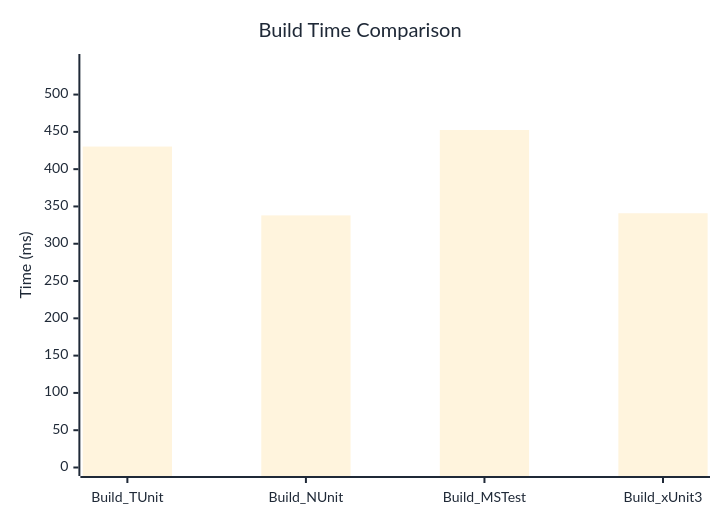
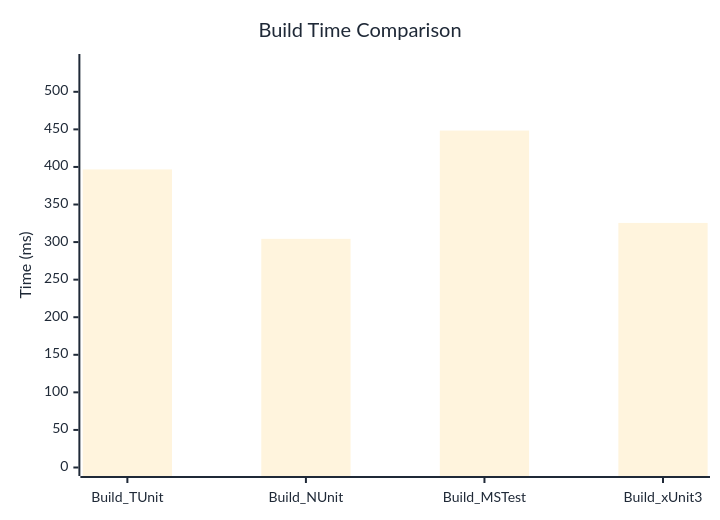
One commit to thomhurst/TUnit changed the diagram in docs/docs/benchmarks/engine/BuildTime.md. Above: the diagram before and after it, drawn with Mermaid. The commit also changed other lines of this file and 17 other files, not shown here.

````diff
--- a/docs/docs/benchmarks/engine/BuildTime.md
+++ b/docs/docs/benchmarks/engine/BuildTime.md
@@ -30,37 +30,37 @@
 ```mermaid
 %%{init: {
   'theme':'base',
   'themeVariables': {
     'primaryColor': '#2563eb',
     'primaryTextColor': '#1f2937',
     'primaryBorderColor': '#1e40af',
     'lineColor': '#6b7280',
     'secondaryColor': '#7c3aed',
     'tertiaryColor': '#dc2626',
     'background': '#ffffff',
     'mainBkg': '#2563eb',
     'secondBkg': '#7c3aed',
     'tertiaryBkg': '#dc2626',
     'clusterBkg': '#f3f4f6',
     'edgeLabelBackground': '#ffffff',
     'tertiaryTextColor': '#1f2937',
     'pie1': '#2563eb',
     'pie2': '#7c3aed',
     'pie3': '#dc2626',
     'pie4': '#f59e0b',
     'pie5': '#10b981',
     'pie6': '#06b6d4',
     'pie7': '#ec4899',
     'pie8': '#6366f1',
     'pie9': '#84cc16',
     'pie10': '#f97316',
     'pie11': '#14b8a6',
     'pie12': '#a855f7'
   }
 }}%%
 xychart-beta
   title "Build Time Comparison"
   x-axis ["Build_TUnit", "Build_NUnit", "Build_MSTest", "Build_xUnit3"]
-  y-axis "Time (ms)" 0 --> 543
-  bar [430.3, 338, 452.5, 340.9]
+  y-axis "Time (ms)" 0 --> 539
+  bar [396.7, 304.3, 448.4, 325.5]
 ```
````
